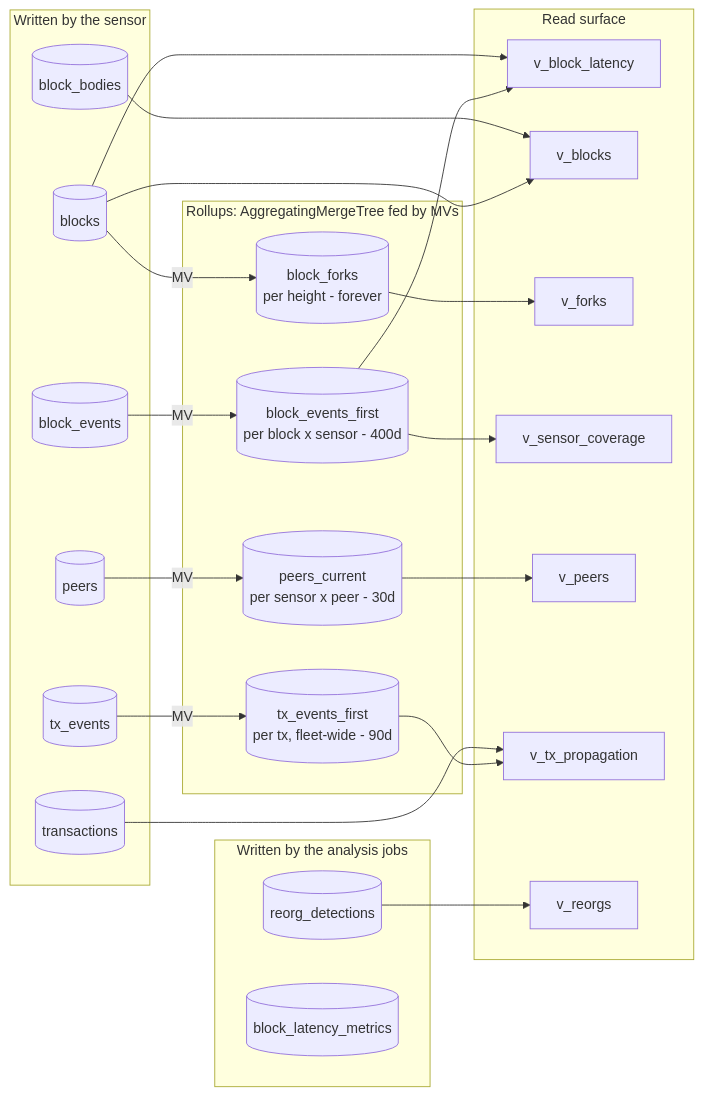
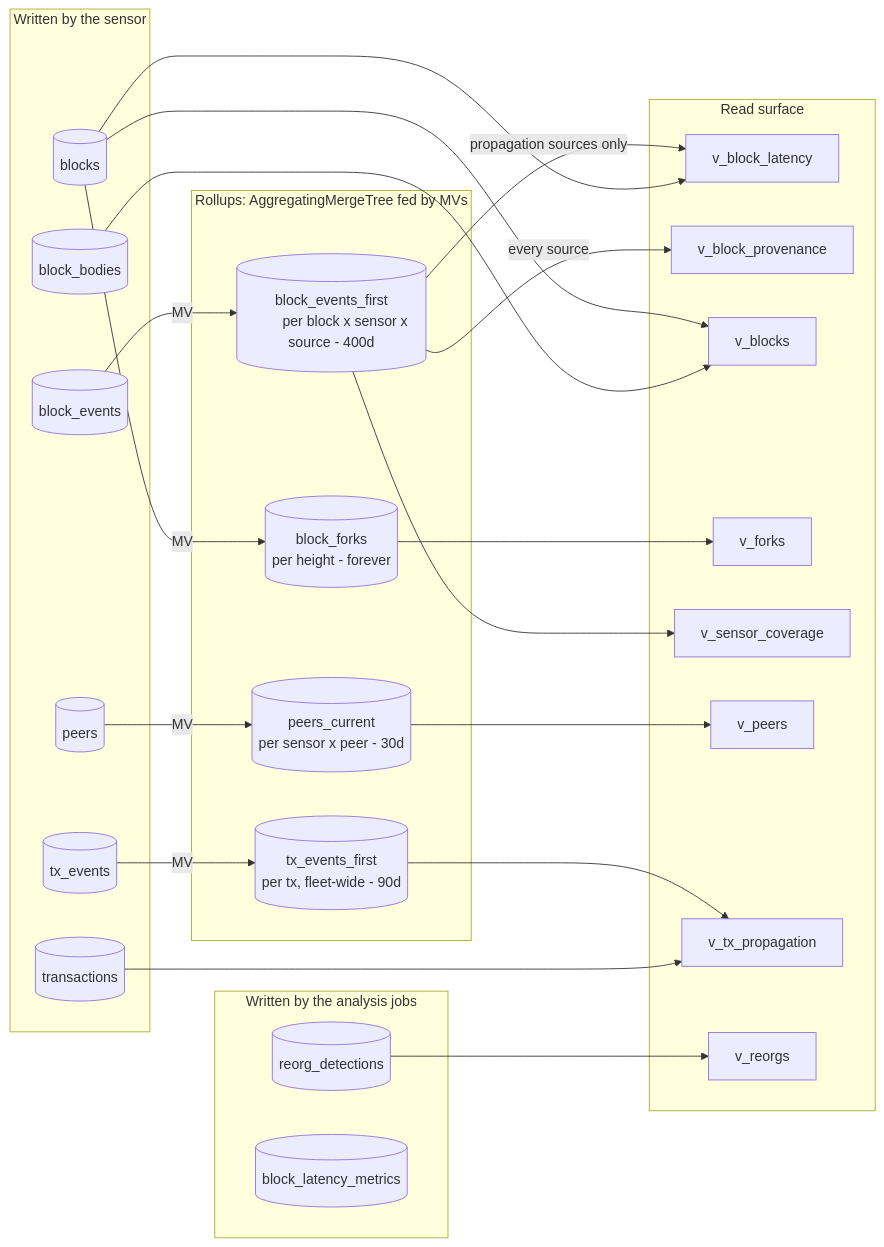
The second of 3 diagrams in cmd/p2p/sensor/clickhouse.md (0xPolygon/polygon-cli), drawn with Mermaid before and after one commit. The commit also changed other lines of this file and 7 other files, not shown here.

````diff
--- a/cmd/p2p/sensor/clickhouse.md
+++ b/cmd/p2p/sensor/clickhouse.md
@@ -191,53 +191,55 @@
 ```mermaid
 flowchart LR
     subgraph sensor["Written by the sensor"]
         BS[(block_events)]
         TS[(tx_events)]
         PS[(peers)]
         BL[(blocks)]
         BB[(block_bodies)]
         TX[(transactions)]
     end
 
     subgraph jobs["Written by the analysis jobs"]
         RD[(reorg_detections)]
         BLM[(block_latency_metrics)]
     end
 
     subgraph rollups["Rollups: AggregatingMergeTree fed by MVs"]
         BSF[("block_events_first
-        per block x sensor - 400d")]
+        per block x sensor x source - 400d")]
         TSF[("tx_events_first
         per tx, fleet-wide - 90d")]
         BF[("block_forks
         per height - forever")]
         PC[("peers_current
         per sensor x peer - 30d")]
     end
 
     subgraph views["Read surface"]
         VBL[v_block_latency]
+        VBP[v_block_provenance]
         VB[v_blocks]
         VF[v_forks]
         VSC[v_sensor_coverage]
         VP[v_peers]
         VTP[v_tx_propagation]
         VR[v_reorgs]
     end
 
     BS -->|MV| BSF
     TS -->|MV| TSF
     BL -->|MV| BF
     PS -->|MV| PC
 
-    BSF --> VBL
+    BSF -->|"propagation sources only"| VBL
     BL --> VBL
+    BSF -->|"every source"| VBP
     BSF --> VSC
     BF --> VF
     PC --> VP
     TSF --> VTP
     TX --> VTP
     BL --> VB
     BB --> VB
     RD --> VR
 ```
````
